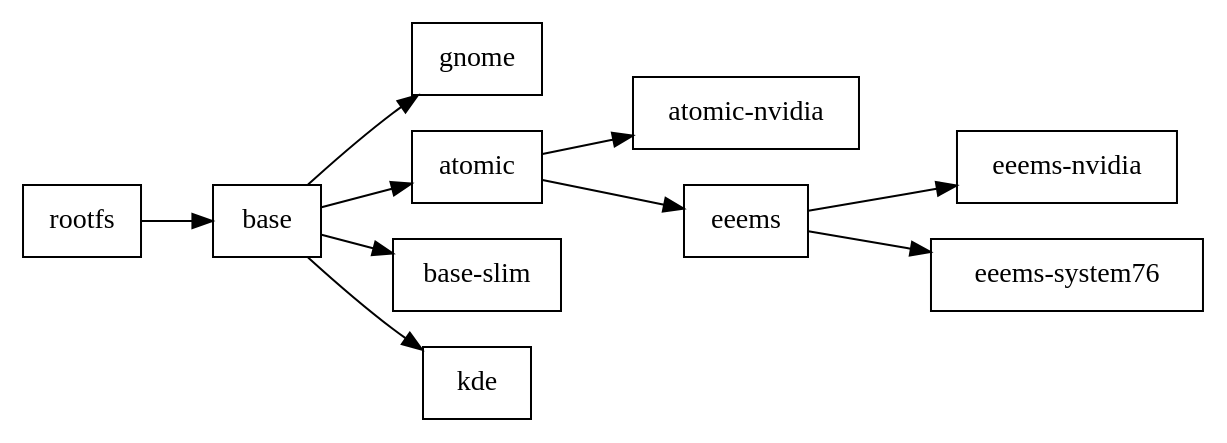
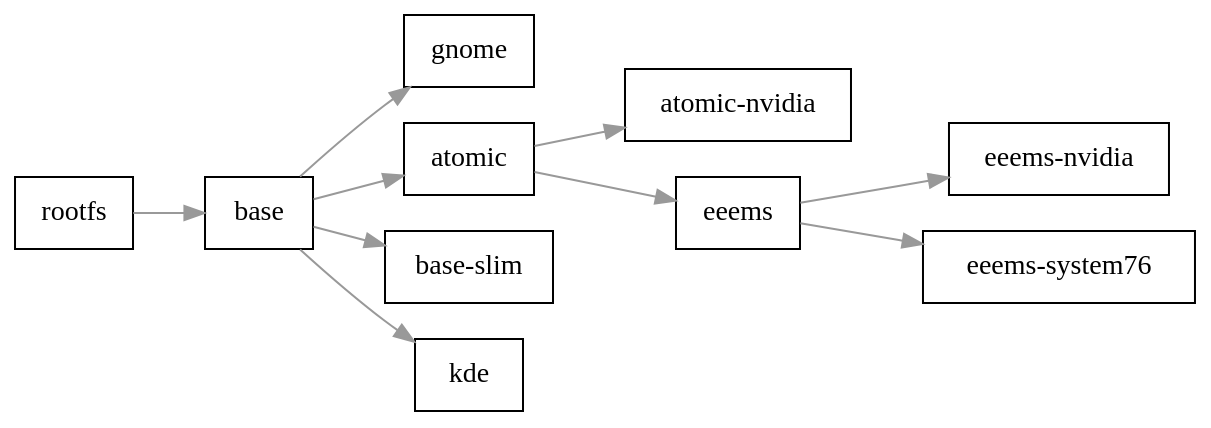
One commit to Eeems/arkes changed the diagram in web/src/variants.rst. Above: the diagram before and after it, drawn with Graphviz. The commit also changed 3 other files, not shown here.

```diff
--- a/web/src/variants.rst
+++ b/web/src/variants.rst
@@ -18,27 +18,29 @@
 .. graphviz::
 
    digraph variant_hierarchy {
        rankdir=LR;
-       node [shape=box];
+       bgcolor=transparent;
+       node [shape=box,style=filled,fillcolor=white];
+       edge [color="#999999",fontcolor="#999999"];
 
        gnome [label="gnome"];
        atomic [label="atomic"];
        atomic_nvidia [label="atomic-nvidia"];
        eeems [label="eeems"];
        eeems_nvidia [label="eeems-nvidia"];
        eeems_system76 [label="eeems-system76"];
        base [label="base"];
        base_slim [label="base-slim"];
        kde [label="kde"];
        rootfs [label="rootfs"];
 
        base -> gnome;
        base -> atomic;
        atomic -> atomic_nvidia;
        atomic -> eeems;
        eeems -> eeems_nvidia;
        eeems -> eeems_system76;
        rootfs -> base;
        base -> base_slim;
        base -> kde;
    }
```
